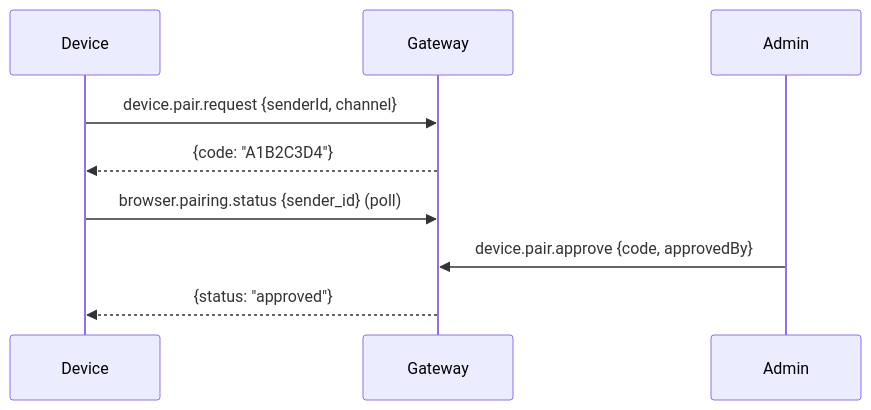
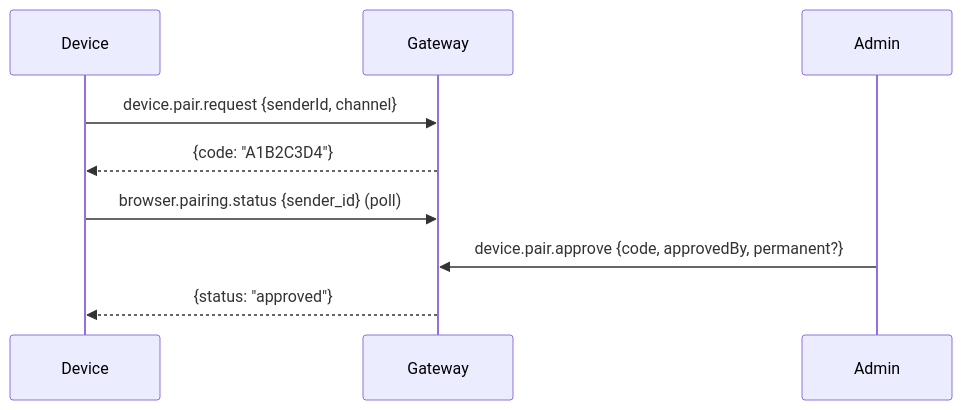
Before and after one commit to danielabelski/goclaw: the diagram in docs/19-websocket-rpc.md, drawn with Mermaid. The commit also changed other lines of this file and 17 other files, not shown here.

````diff
--- a/docs/19-websocket-rpc.md
+++ b/docs/19-websocket-rpc.md
@@ -389,8 +390,8 @@
 ```mermaid
 sequenceDiagram
     Device->>Gateway: device.pair.request {senderId, channel}
     Gateway-->>Device: {code: "A1B2C3D4"}
     Device->>Gateway: browser.pairing.status {sender_id} (poll)
-    Admin->>Gateway: device.pair.approve {code, approvedBy}
+    Admin->>Gateway: device.pair.approve {code, approvedBy, permanent?}
     Gateway-->>Device: {status: "approved"}
 ```
````
